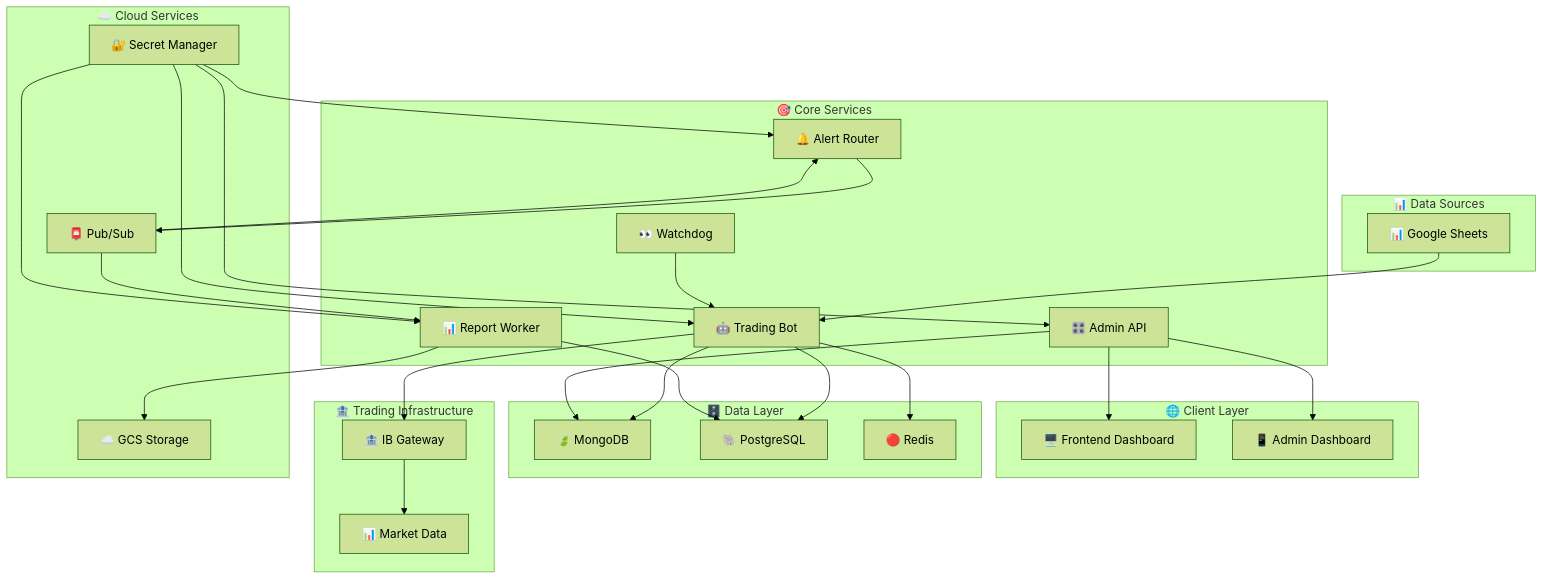
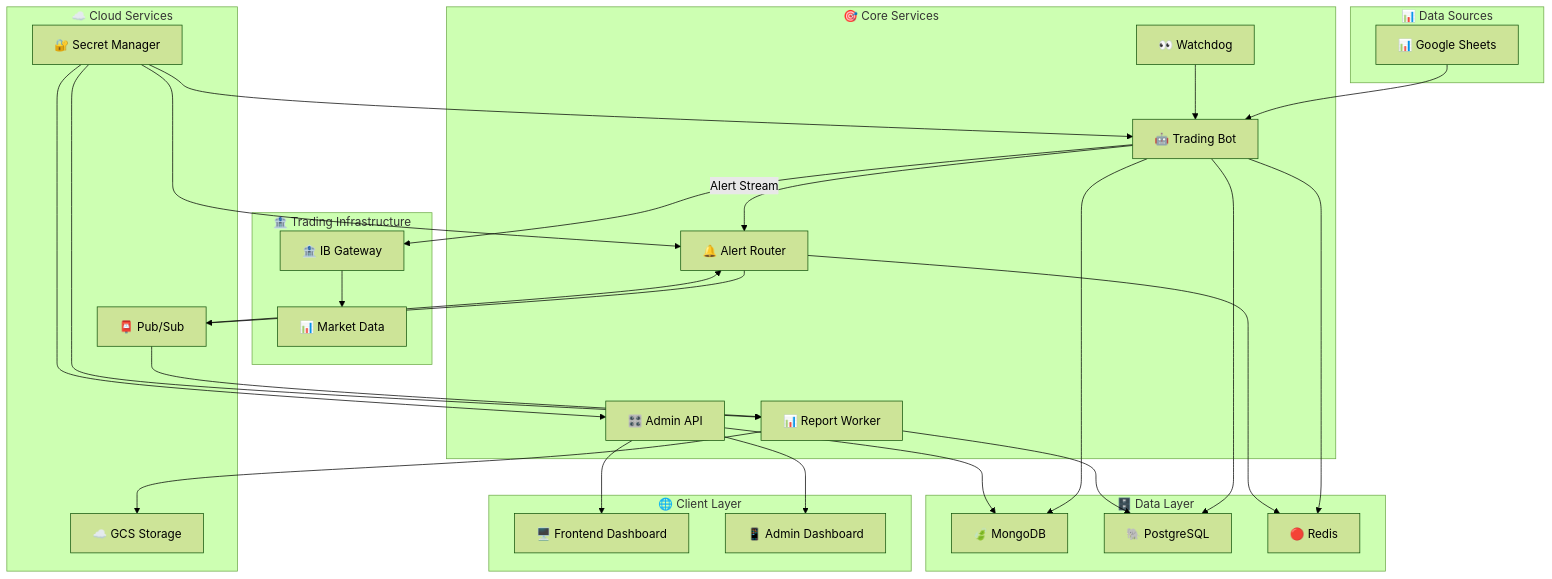
The first of 5 diagrams in docs/01-system-architecture.md (AIgen-Solutions-s-r-l/SpreadPilot), drawn with Mermaid (forest theme) before and after one commit. The commit also changed other lines of this file and 2 other files, not shown here.

First line of the commit message:
docs: update architecture diagrams to reflect Redis stream integration

````diff
--- a/docs/01-system-architecture.md
+++ b/docs/01-system-architecture.md
@@ -21,56 +21,58 @@
 ```mermaid
 graph TB
     subgraph "📊 Data Sources"
         A[📊 Google Sheets]
     end
     
     subgraph "🎯 Core Services"
         B[🤖 Trading Bot]
         C[🎛️ Admin API]
         D[📊 Report Worker]
         E[🔔 Alert Router]
         F[👀 Watchdog]
     end
     
     subgraph "🌐 Client Layer"
         G[🖥️ Frontend Dashboard]
         G2[📱 Admin Dashboard]
     end
     
     subgraph "🗄️ Data Layer"
         H[🍃 MongoDB]
         I[🐘 PostgreSQL]
         J[🔴 Redis]
     end
     
     subgraph "🏦 Trading Infrastructure"
         K[🏦 IB Gateway]
         L[📊 Market Data]
     end
     
     subgraph "☁️ Cloud Services"
         M[☁️ GCS Storage]
         N[📮 Pub/Sub]
         O[🔐 Secret Manager]
     end
     
     A --> B
     B --> K
     B --> H
     B --> I
     B --> J
+    B -->|Alert Stream| E
     C --> H
     C --> G
     C --> G2
     D --> I
     D --> M
+    E --> J
     E --> N
     F --> B
     K --> L
     N --> D
     N --> E
     O --> B
     O --> C
     O --> D
     O --> E
 ```
````
